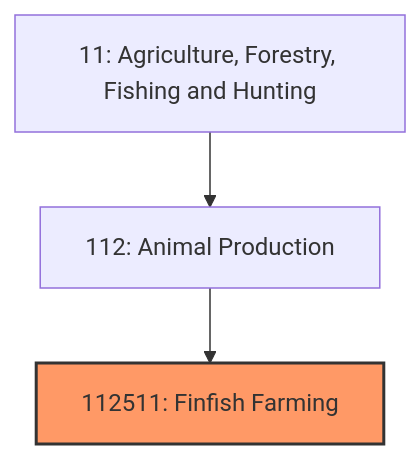
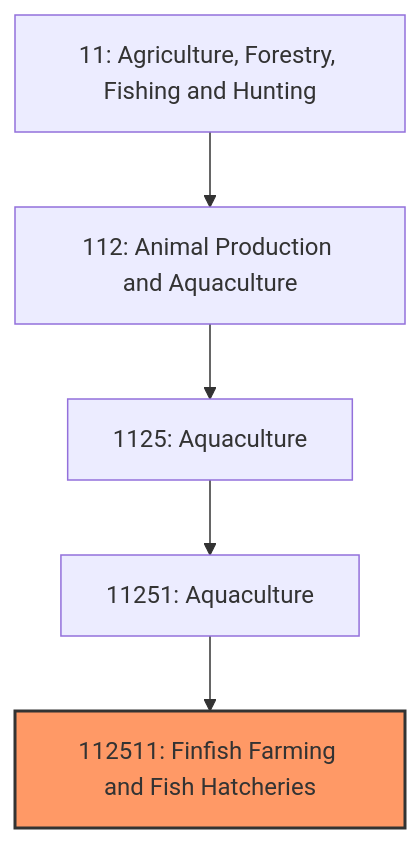
The first of 3 diagrams in industries/Agriculture/Aquaculture/FinfishFarming.mdx (kziemski/business.org.ai), drawn with Mermaid before and after one commit. The commit also changed other lines of this file and 67 other files, not shown here.

````diff
--- a/industries/Agriculture/Aquaculture/FinfishFarming.mdx
+++ b/industries/Agriculture/Aquaculture/FinfishFarming.mdx
@@ -22,7 +34,9 @@
 ```mermaid
 graph TD
     S11["11: Agriculture, Forestry, Fishing and Hunting"]
-    S11 --> N112["112: Animal Production"]
-    N112 --> N112511["112511: Finfish Farming"]
+    S11 --> N112["112: Animal Production and Aquaculture"]
+    N112 --> N1125["1125: Aquaculture"]
+    N1125 --> N11251["11251: Aquaculture"]
+    N11251 --> N112511["112511: Finfish Farming and Fish Hatcheries"]
     style N112511 fill:#f96,stroke:#333,stroke-width:2px
 ```
````
